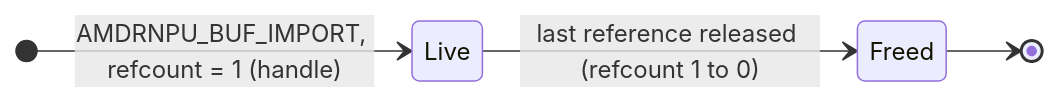
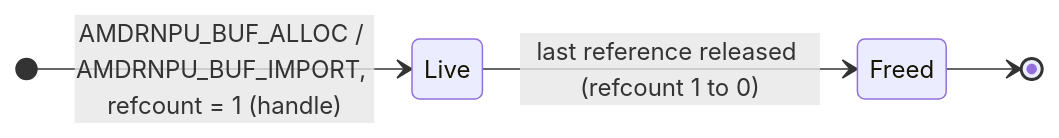
The first of 5 diagrams in docs/buffer-management.md (Xilinx/amdrnpu), drawn with Mermaid before and after one commit. The commit also changed other lines of this file and 7 other files, not shown here.

````diff
--- a/docs/buffer-management.md
+++ b/docs/buffer-management.md
@@ -41,9 +48,9 @@
 ```mermaid
 stateDiagram-v2
     direction LR
 
-    [*] --> Live : AMDRNPU_BUF_IMPORT, refcount = 1 (handle)
+    [*] --> Live : AMDRNPU_BUF_ALLOC / AMDRNPU_BUF_IMPORT, refcount = 1 (handle)
 
     Live --> Freed : last reference released (refcount 1 to 0)
     Freed --> [*]
 ```
````
